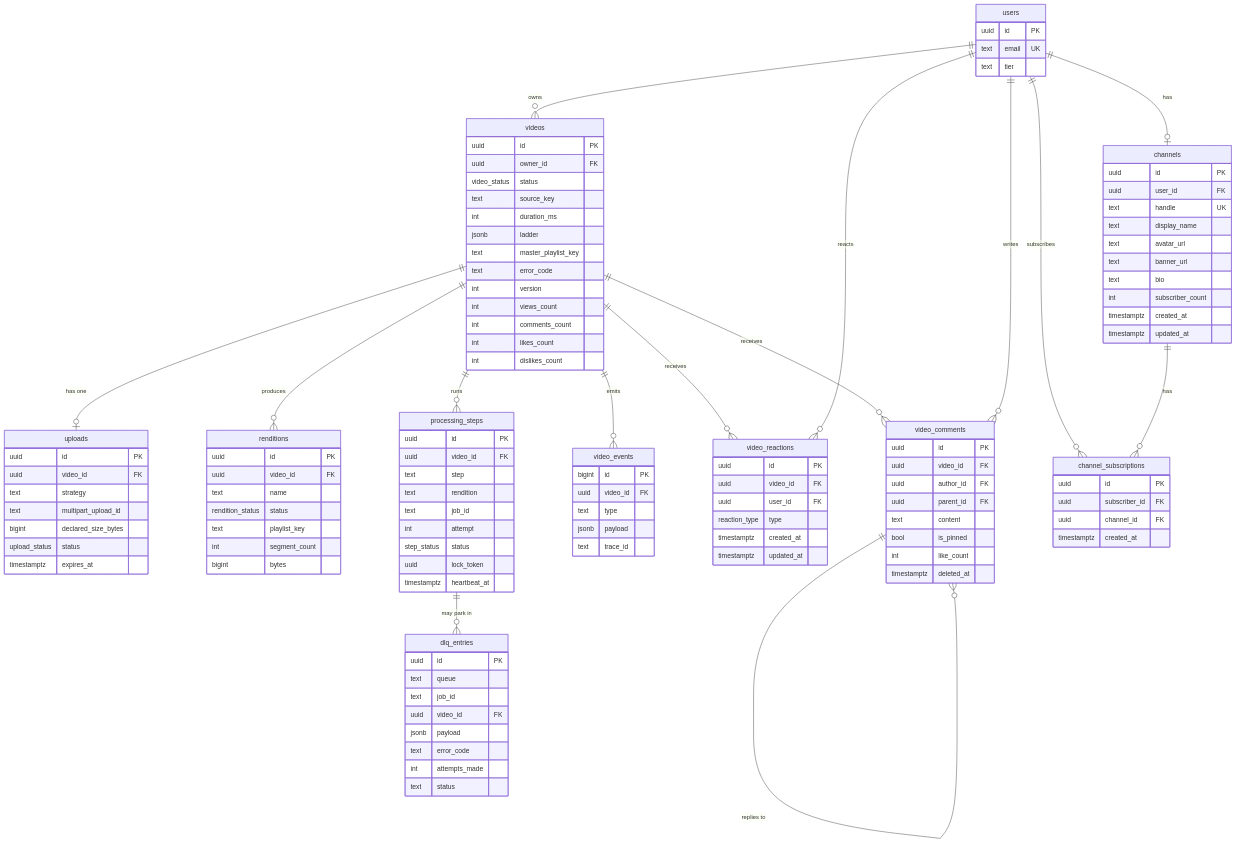
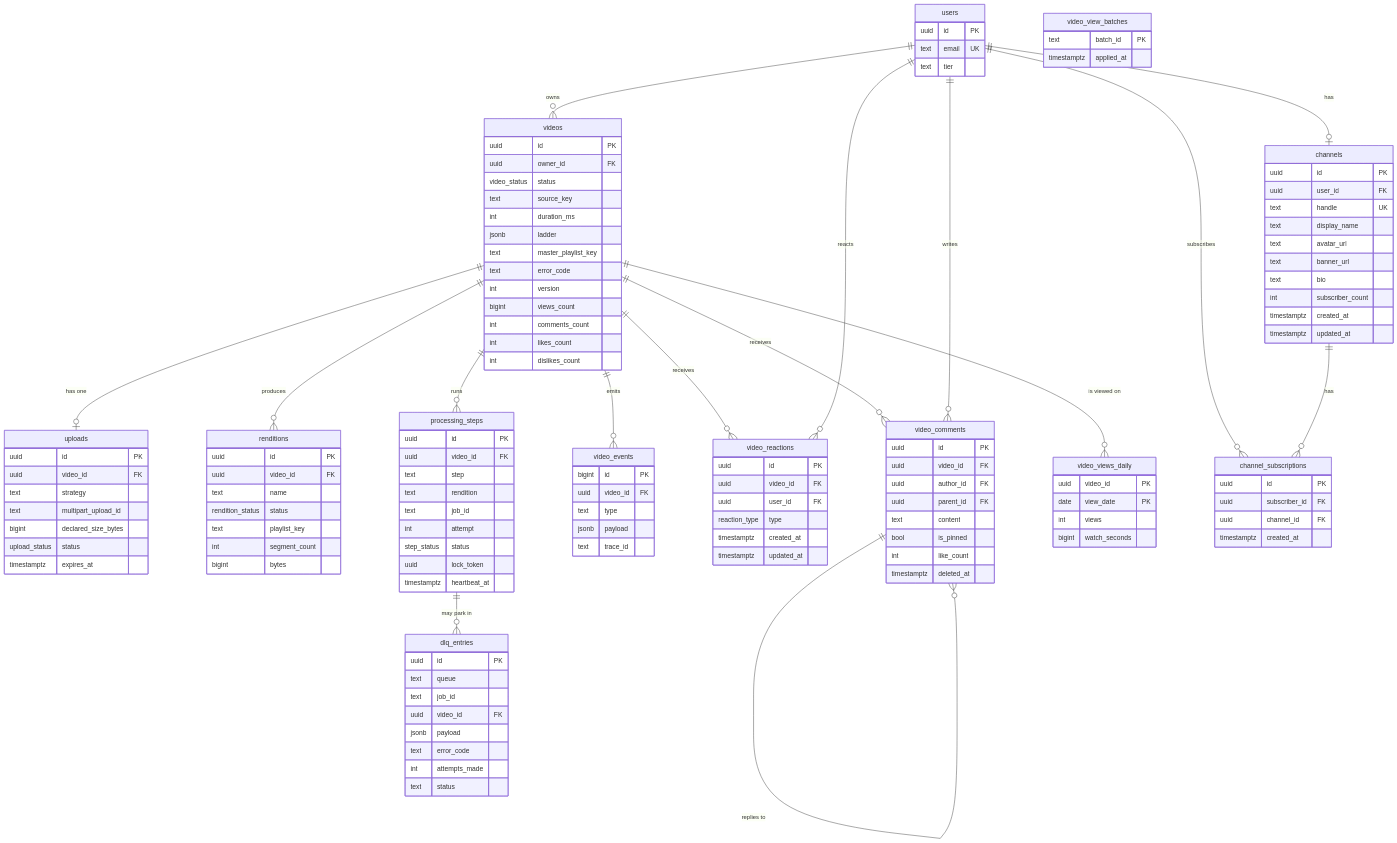
Before and after one commit to szebest/taitube-platform: the sixth of 9 diagrams in docs/SDD.md, drawn with Mermaid. The commit also changed other lines of this file and 128 other files, not shown here.

First line of the commit message:
43: High-scale video views buffer (Redis batch flush) & creator studio analytics (#120)

```diff
--- a/docs/SDD.md
+++ b/docs/SDD.md
@@ -812,6 +812,7 @@
     videos ||--o{ video_comments : receives
     users ||--o{ video_comments : writes
     video_comments ||--o{ video_comments : "replies to"
+    videos ||--o{ video_views_daily : "is viewed on"
     users ||--o{ channel_subscriptions : subscribes
     channels ||--o{ channel_subscriptions : has
     processing_steps ||--o{ dlq_entries : "may park in"
@@ -849,7 +850,7 @@
         text master_playlist_key
         text error_code
         int version
-        int views_count
+        bigint views_count
         int comments_count
         int likes_count
         int dislikes_count
@@ -863,6 +864,16 @@
         bool is_pinned
         int like_count
         timestamptz deleted_at
+    }
+    video_views_daily {
+        uuid video_id PK
+        date view_date PK
+        int views
+        bigint watch_seconds
+    }
+    video_view_batches {
+        text batch_id PK
+        timestamptz applied_at
     }
     video_reactions {
         uuid id PK
```
